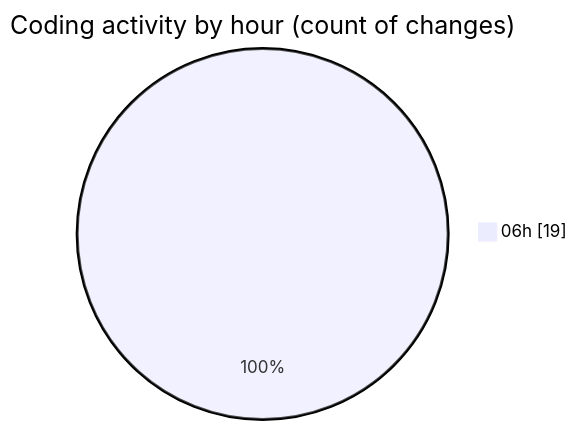
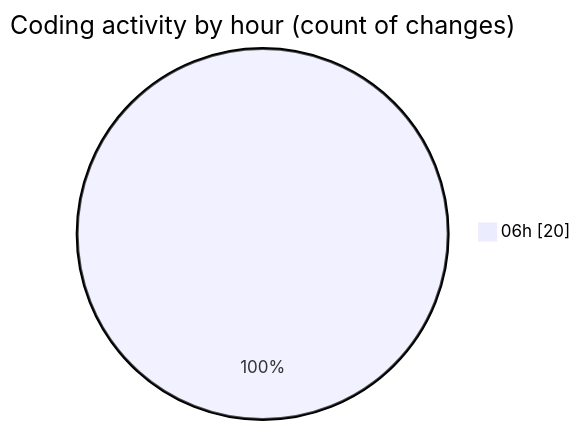
One commit to vahidmafi/code-tracking changed the second of 2 diagrams in 2025-08-26/shop/README.md. Above: the diagram before and after it, drawn with Mermaid. The commit also changed other lines of this file and 1 other file, not shown here.

````diff
--- a/2025-08-26/shop/README.md
+++ b/2025-08-26/shop/README.md
@@ -33,5 +33,5 @@
 ```mermaid
 pie showData
 title Coding activity by hour (count of changes)
-"06h" : 19
+"06h" : 20
 ```
````
